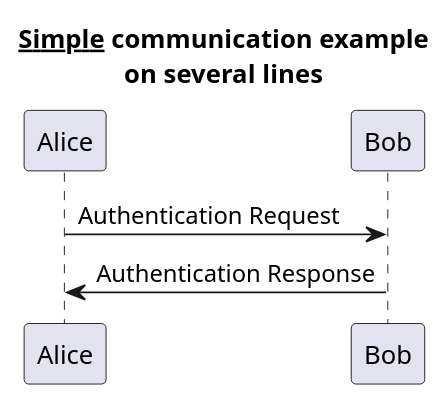
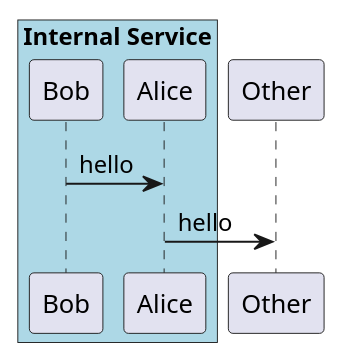
One commit to mizandarii/uml changed the diagram in sequence.wsd. Above: the diagram before and after it, drawn with PlantUML.

Commit message:
14.groups

```diff
--- a/sequence.wsd
+++ b/sequence.wsd
@@ -1,8 +1,12 @@
 @startuml 
 
-title __Simple__ communication example\non several lines
+box "Internal Service" #LightBlue
+participant Bob
+participant Alice
+end box
+participant Other
 
-Alice -> Bob: Authentication Request
-Bob-> Alice: Authentication Response
+Bob -> Alice : hello
+Alice -> Other : hello
 
 @enduml
```
